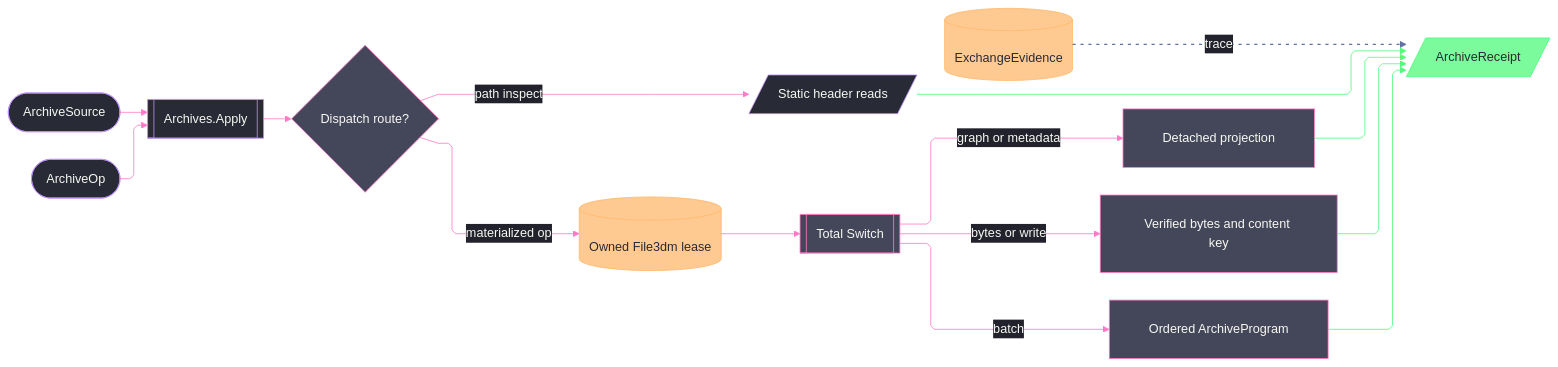
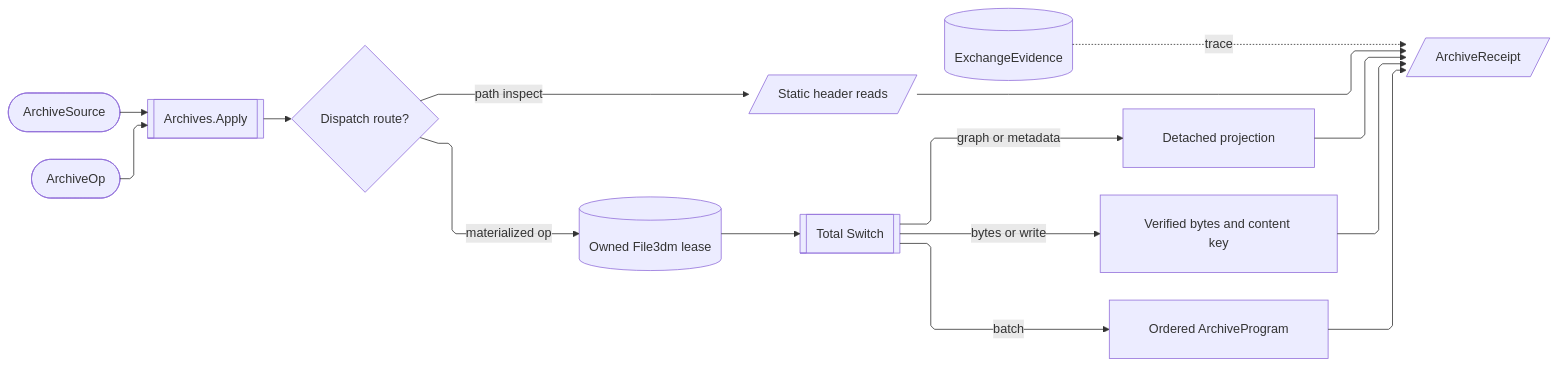
One commit to bsamiee/Rasm changed the diagram in libs/csharp/Rasm.Rhino/.planning/Exchange/archive.md. Above: the diagram before and after it, drawn with Mermaid. The commit also changed 324 other files, not shown here.

````diff
--- a/libs/csharp/Rasm.Rhino/.planning/Exchange/archive.md
+++ b/libs/csharp/Rasm.Rhino/.planning/Exchange/archive.md
@@ -1098,53 +1098,26 @@
 ```mermaid
 ---
 config:
-  theme: base
-  look: classic
   layout: elk
   flowchart:
     curve: linear
     padding: 25
-  themeVariables:
-    darkMode: true
-    fontFamily: "SF Mono, Menlo, Cascadia Mono, Segoe UI Mono, Consolas, monospace"
-    useGradient: false
-    dropShadow: "none"
-    background: "#282A36"
-    primaryColor: "#44475A"
-    primaryTextColor: "#F8F8F2"
-    primaryBorderColor: "#BD93F9"
-    lineColor: "#FF79C6"
-    textColor: "#F8F8F2"
-    edgeLabelBackground: "#21222C"
-    labelBackgroundColor: "#21222C"
-  themeCSS: ".nodeLabel{font-size:13px;font-weight:500}.edgeLabel{font-size:12px;font-weight:500}.cluster-label .nodeLabel{font-size:13.5px;font-weight:700;letter-spacing:.08em}.edge-thickness-normal{stroke-width:2px}.edge-thickness-thick{stroke-width:3px}.edge-pattern-dashed,.edge-pattern-dotted{stroke-width:1.5px;stroke-dasharray:4 6}.node rect,.node circle,.node polygon,.node path,.node .outer-path{stroke-width:1.5px;filter:none!important}.cluster rect{stroke-width:1px!important;stroke-dasharray:5 4!important;filter:none!important}.marker path{transform:scale(.8);transform-origin:5px 5px}.marker circle{transform:scale(.48);transform-origin:5px 5px}.edgeLabel rect{transform-box:fill-box;transform-origin:center;transform:scale(1.1,1.2)}"
 ---
 flowchart LR
     accTitle: Standalone Rhino archive transaction rail
     accDescr: Archive source and request enter one route discriminator, static inspection bypasses materialization, every materialized arm folds detached values or an ordered program into one receipt, and typed evidence traces the terminal.
     Source([ArchiveSource]) --> Entry[[Archives.Apply]]
     Request([ArchiveOp]) --> Entry
     Entry --> Route{Dispatch route?}
     Route -->|path inspect| Header[/Static header reads/]
     Route -->|materialized op| Lease[(Owned File3dm lease)]
     Lease --> Dispatch[[Total Switch]]
     Dispatch -->|graph or metadata| Projection[Detached projection]
     Dispatch -->|bytes or write| Keyed[Verified bytes and content key]
     Dispatch -->|batch| Program[Ordered ArchiveProgram]
     Header --> Receipt
     Projection --> Receipt[/ArchiveReceipt/]
     Keyed --> Receipt
     Program --> Receipt
     Evidence[(ExchangeEvidence)] -.->|trace| Receipt
-    linkStyle 3,4,6,7,8 stroke:#FF79C6,color:#F8F8F2
-    linkStyle 9,10,11,12 stroke:#50FA7B,color:#F8F8F2
-    linkStyle 13 stroke:#6272A4,color:#F8F8F2,stroke-width:1.5px,stroke-dasharray:4 6
-    classDef primary fill:#44475A,stroke:#FF79C6,color:#F8F8F2
-    classDef success fill:#50FA7BBF,stroke:#50FA7B,color:#282A36
-    classDef data fill:#FFB86CBF,stroke:#FFB86C,color:#282A36
-    classDef boundary fill:#282A36,stroke:#BD93F9,color:#F8F8F2
-    class Route,Dispatch,Projection,Keyed,Program primary
-    class Receipt success
-    class Lease,Evidence data
-    class Source,Request,Entry,Header boundary
 ```
````
